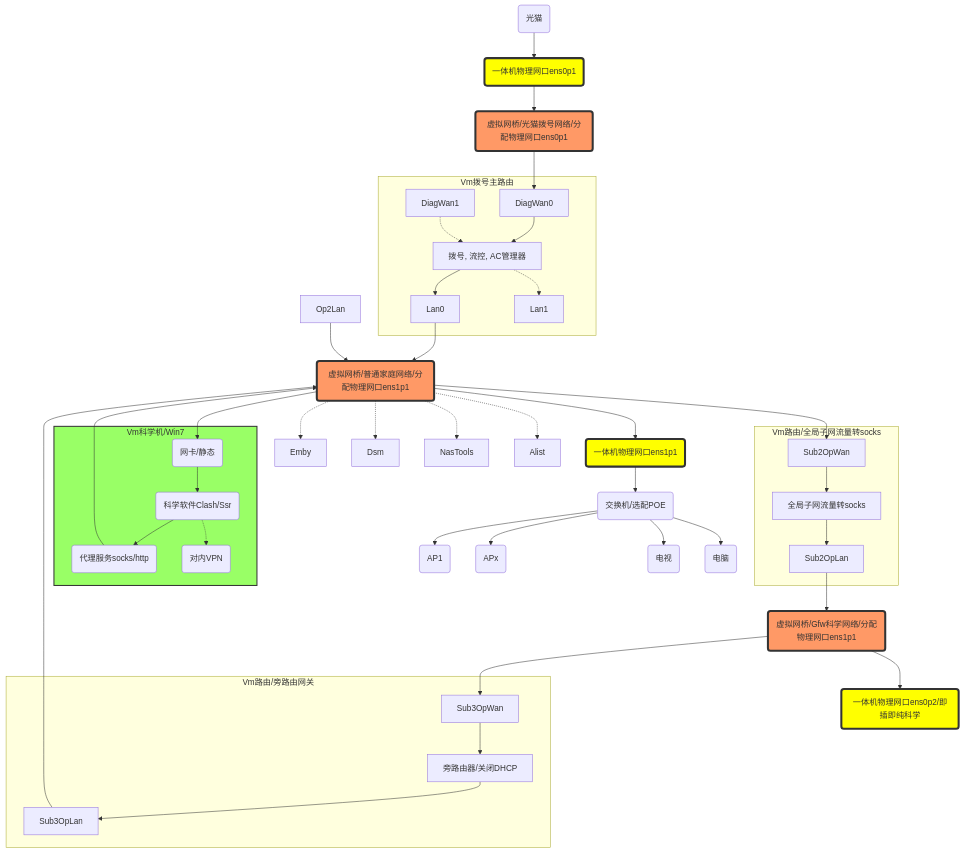
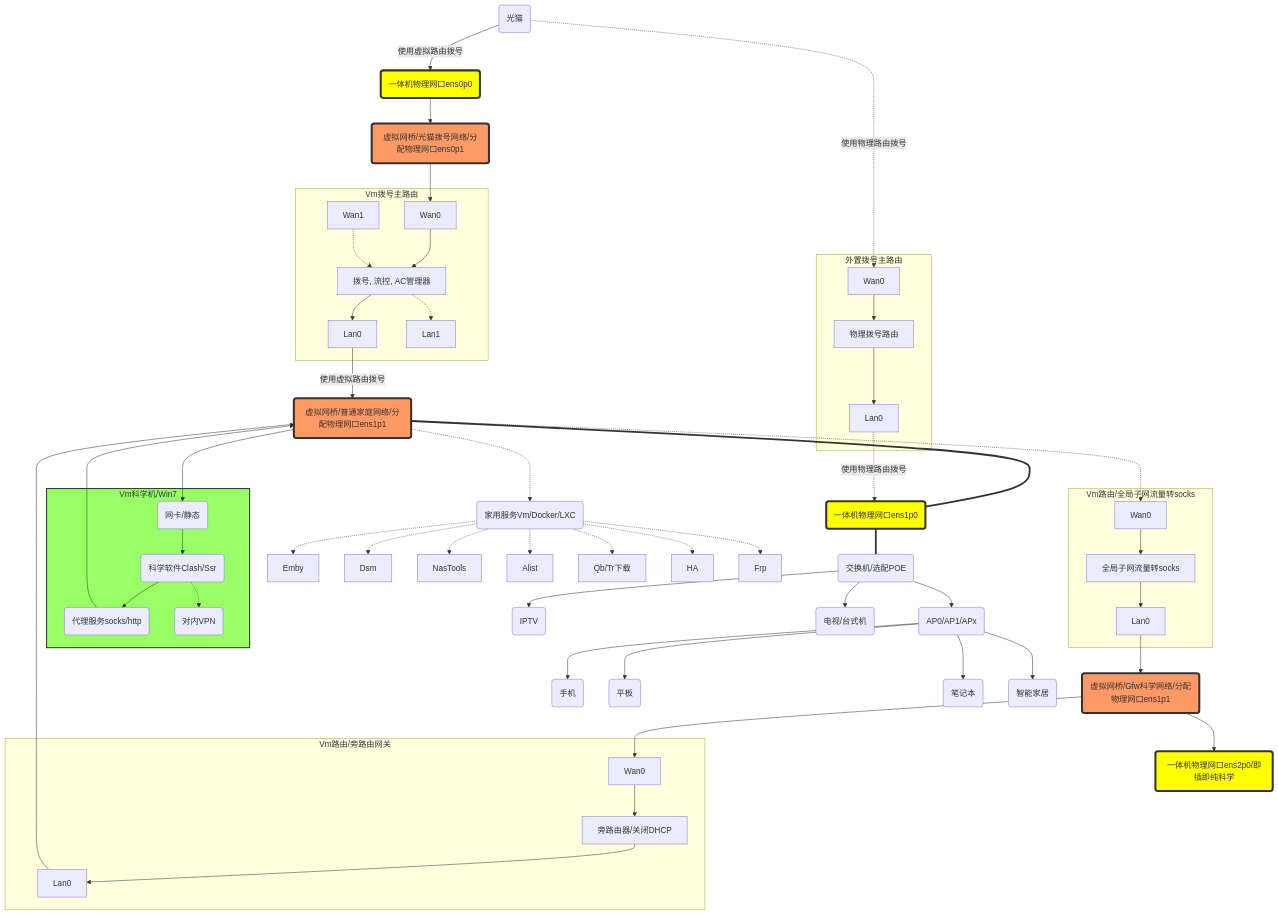
One commit to godvmxi/godvmxi.github.io changed the first of 2 diagrams in source/_posts/pve-gfw-home-usage.md. Above: the diagram before and after it, drawn with Mermaid. The commit also changed other lines of this file, not shown here.

```diff
--- a/source/_posts/pve-gfw-home-usage.md
+++ b/source/_posts/pve-gfw-home-usage.md
@@ -47,27 +47,33 @@
     BrDial(虚拟网桥/光猫拨号网络/分配物理网口ens0p1)
     BrHome(虚拟网桥/普通家庭网络/分配物理网口ens1p1)
     BrGfw(虚拟网桥/Gfw科学网络/分配物理网口ens1p1)
-    BrHomePhy(一体机物理网口ens1p1)
-    BrDialPhy(一体机物理网口ens0p1)
-    BrGfwPhy(一体机物理网口ens0p2/即插即纯科学)
+    
+    BrDialPhy(一体机物理网口ens0p0)
+    BrHomePhy(一体机物理网口ens1p0)
+    BrGfwPhy(一体机物理网口ens2p0/即插即纯科学)
     Modem(光猫)
     SwitchPoe(交换机/选配POE)
+
+
+
     
 
 
+    
+    
+
     subgraph Sub0[Vm拨号主路由]
         DialRouter[拨号, 流控, AC管理器]
-        DiagWan0 --> DialRouter
-        DiagWan1 -.-> DialRouter
+        DiagWan0[Wan0] --> DialRouter
+        DiagWan1[Wan1] -.-> DialRouter
         DialRouter --> DialLan0[Lan0]
         DialRouter -.-> DialLan1[Lan1]
     end
 
     
     BrDialPhy --> BrDial
-    Modem --> BrDialPhy
+
     BrDial  --> DiagWan0
-    DialLan0 --> BrHome
 
 
     subgraph Sub1[Vm科学机/Win7]
@@ -84,41 +90,62 @@
 
 
     subgraph Sub2[Vm路由/全局子网流量转socks]
-        Sub2OpWan --> Sub2Op
+        Sub2OpWan[Wan0] --> Sub2Op
         Sub2Op[全局子网流量转socks]
-        Sub2Op --> Sub2OpLan
+        Sub2Op --> Sub2OpLan[Lan0]
     end
 
 
     subgraph Sub3[Vm路由/旁路由网关]
-        Sub3OpWan --> Sub3Op
+        Sub3OpWan[Wan0] --> Sub3Op
         Sub3Op[旁路由器/关闭DHCP]
-        Sub3Op --> Sub3OpLan
+        Sub3Op --> Sub3OpLan[Lan0]
+    end
+
+    subgraph Sub4[外置拨号主路由]
+        Sub4Wan[Wan0]
+        Sub4Wan --> Sub4Op[物理拨号路由]
+        Sub4Op --> Sub4OpLan0[Lan0]
     end
 
     BrHome --> Sub1Eth
 
     GfwProxy --> BrHome
-    BrHome --> BrHomePhy
-    BrHomePhy --> SwitchPoe
-    SwitchPoe --> AP1(AP1)
-    SwitchPoe --> APx(APx)
-    SwitchPoe --> TV(电视)
-    SwitchPoe --> PC(电脑)
+    BrHome === BrHomePhy
 
-    BrHome -.-> Emby
-    BrHome -.-> Dsm
-    BrHome -.-> NasTools
-    BrHome -.-> Alist
+    BrHomePhy === SwitchPoe
 
 
-    BrHome -->  Sub2OpWan
+    
+    SwitchPoe --> APx(AP0/AP1/APx)    
+    SwitchPoe --> IPTV(IPTV)
+    SwitchPoe --> TV(电视/台式机)
+
+    APx --> Mobile(手机)
+    APx --> Tablet(平板)
+    APx --> Laptio(笔记本)
+    APx --> Device(智能家居)
+
+
+    BrHome -.-> LXC(家用服务Vm/Docker/LXC)
+
+
+
+    LXC -.-> Emby
+    LXC -.-> Dsm
+    LXC -.-> NasTools
+    LXC -.-> Alist
+    LXC -.-> Qb[Qb/Tr下载]
+    LXC -.-> HA
+    LXC -.-> Frp
+
+
+    BrHome -.->  Sub2OpWan
 
 
 
     Sub2OpLan --> BrGfw
 
-    Op2Lan --> BrHome
 
     BrGfw --> Sub3OpWan
 
@@ -131,6 +158,21 @@
     
 
     
+    Modem -->|使用虚拟路由拨号| BrDialPhy
+    
+
+
+    DialLan0 -->|使用虚拟路由拨号| BrHome
+
+
+    Modem -.->|使用物理路由拨号| Sub4Wan
+    Sub4OpLan0 -.->|使用物理路由拨号| BrHomePhy
+
+
+
+
+
+
 
 
 
```
